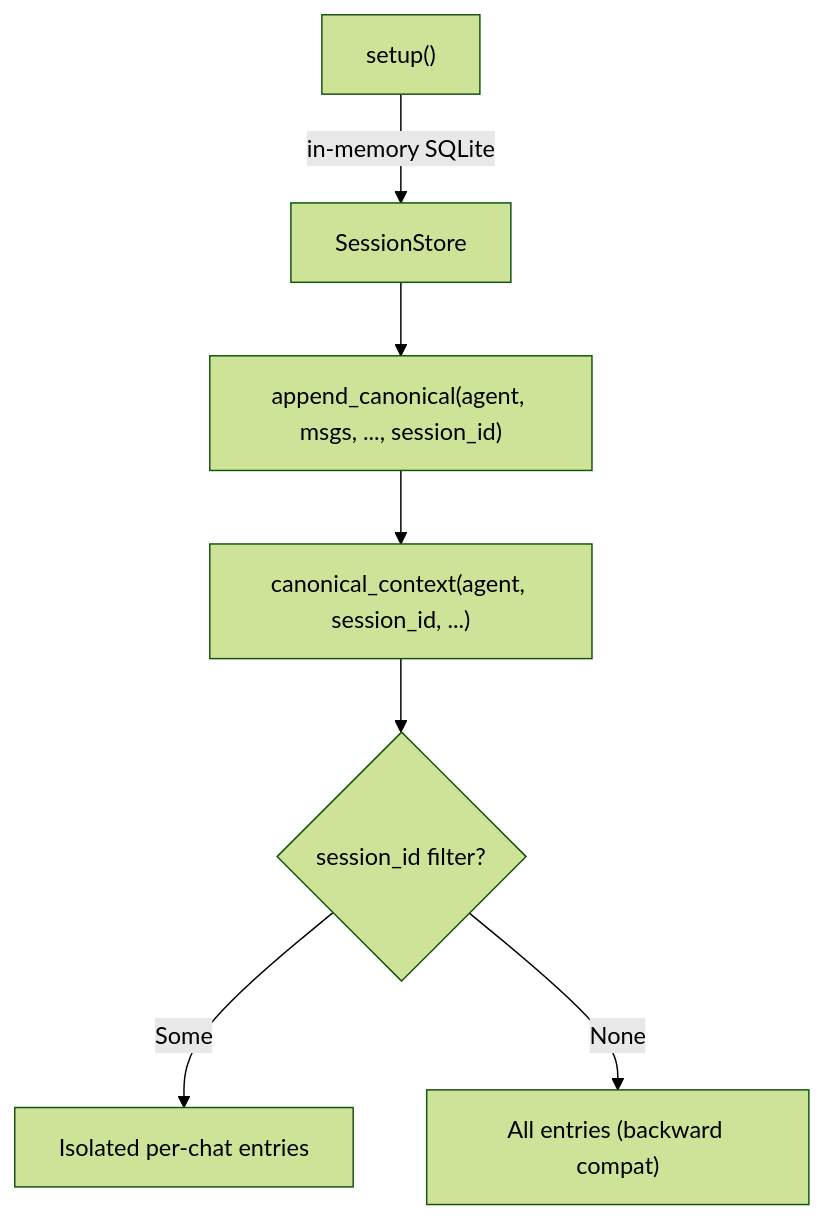
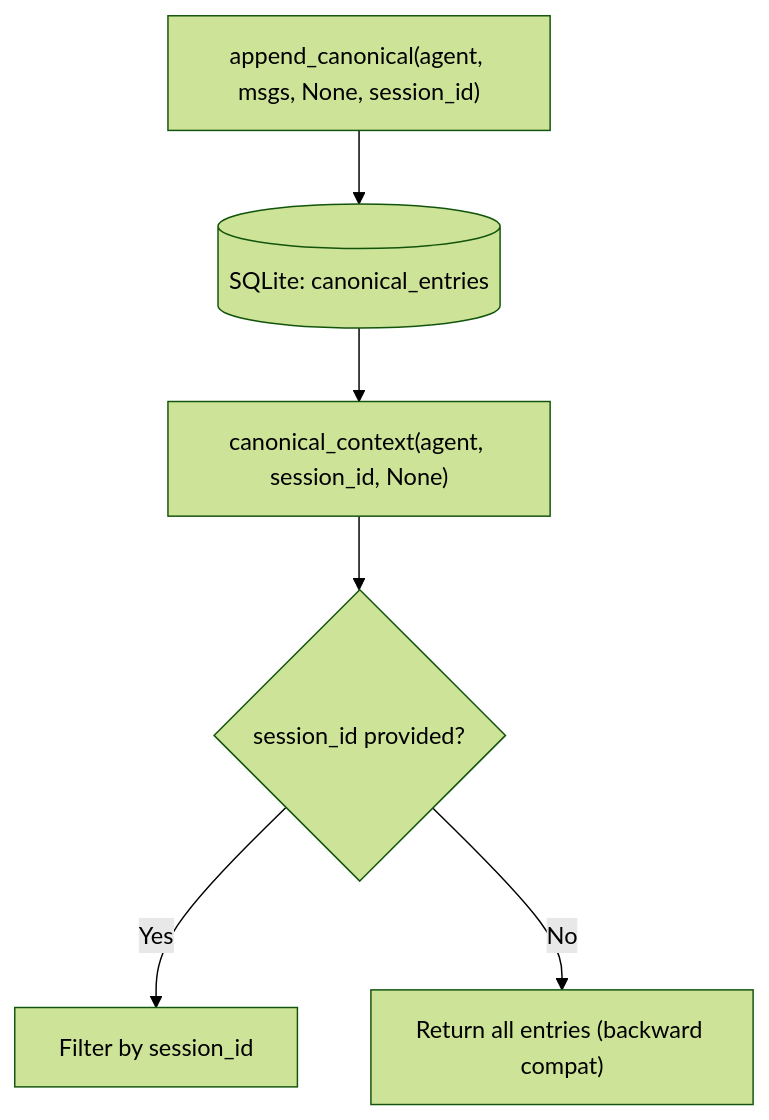
Before and after one commit to leszek3737/librefang-WIki: the diagram in other-librefang-memory-tests.md, drawn with Mermaid (forest theme). The commit also changed other lines of this file and 110 other files, not shown here.

````diff
--- a/other-librefang-memory-tests.md
+++ b/other-librefang-memory-tests.md
@@ -13,9 +19,8 @@
 ```mermaid
 flowchart TD
-    A["setup()"] -->|in-memory SQLite| B["SessionStore"]
-    B --> C["append_canonical(agent, msgs, ..., session_id)"]
-    C --> D["canonical_context(agent, session_id, ...)"]
-    D --> E{"session_id filter?"}
-    E -->|Some| F["Isolated per-chat entries"]
-    E -->|None| G["All entries (backward compat)"]
+    A["append_canonical(agent, msgs, None, session_id)"] --> B[(SQLite: canonical_entries)]
+    B --> C["canonical_context(agent, session_id, None)"]
+    C --> D{session_id provided?}
+    D -- Yes --> E["Filter by session_id"]
+    D -- No --> F["Return all entries (backward compat)"]
 ```
````
